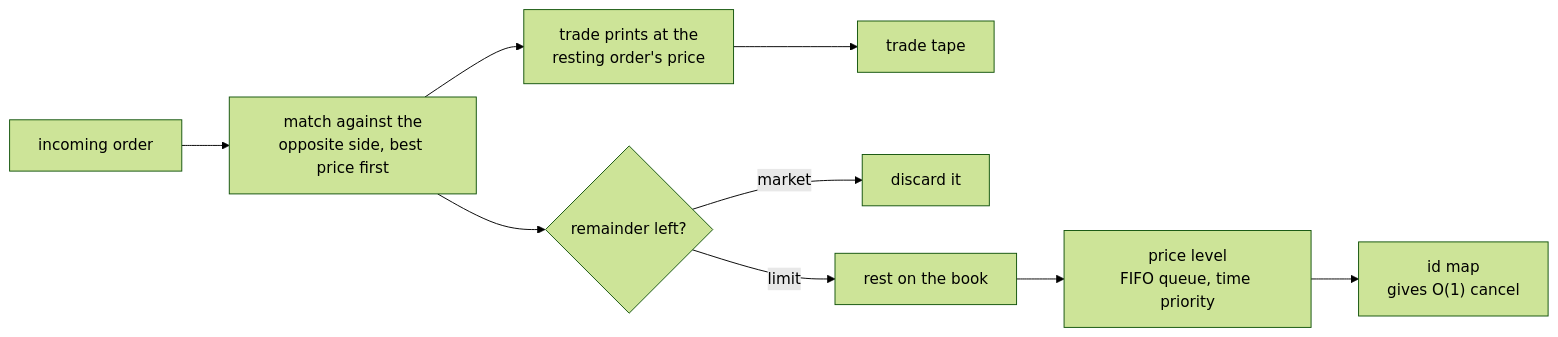
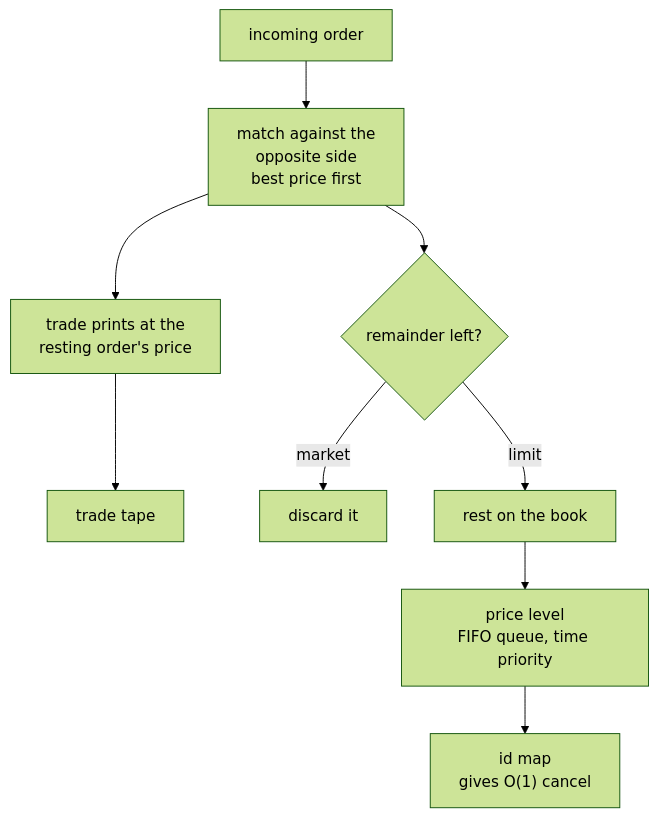
The diagram in matching-engine/README.md (ryanwien/Portfolio2026), drawn with Mermaid (forest theme) before and after one commit. The commit also changed 1 other file, not shown here.

Commit message:
Stop the last two diagrams running off the page
The order book flow was clipping "best price first" and the cancel node.
Top down fixes it. Shortened the analyzer's final label, which was losing
its last few characters at the right edge.

````diff
--- a/matching-engine/README.md
+++ b/matching-engine/README.md
@@ -26,11 +26,11 @@
 ```mermaid
-flowchart LR
-  O["incoming order"] --> M["match against the<br>opposite side, best price first"]
+flowchart TD
+  O["incoming order"] --> M["match against the<br>opposite side<br>best price first"]
   M --> TR["trade prints at the<br>resting order's price"]
   TR --> TAPE["trade tape"]
   M --> REM{"remainder left?"}
   REM -->|market| DROP["discard it"]
   REM -->|limit| REST["rest on the book"]
   REST --> LVL["price level<br>FIFO queue, time priority"]
   LVL --> IDX["id map<br>gives O(1) cancel"]
 ```
````
